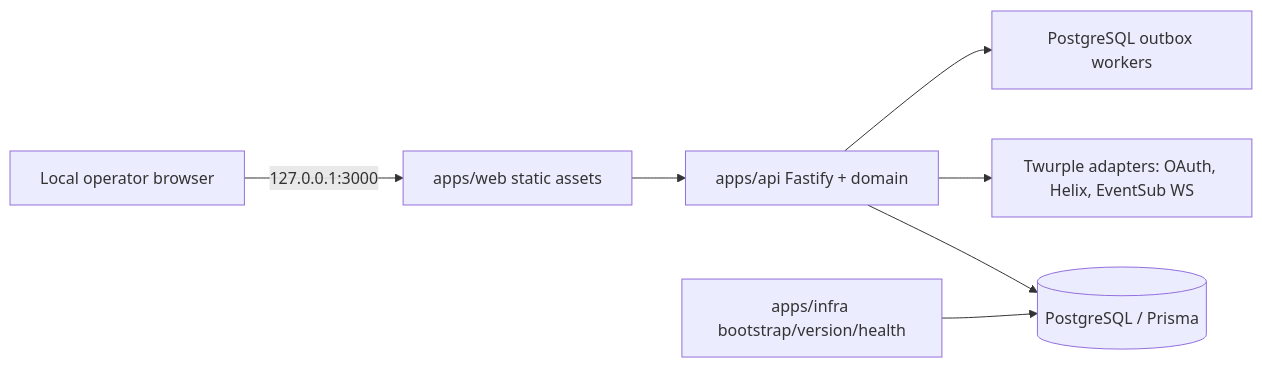
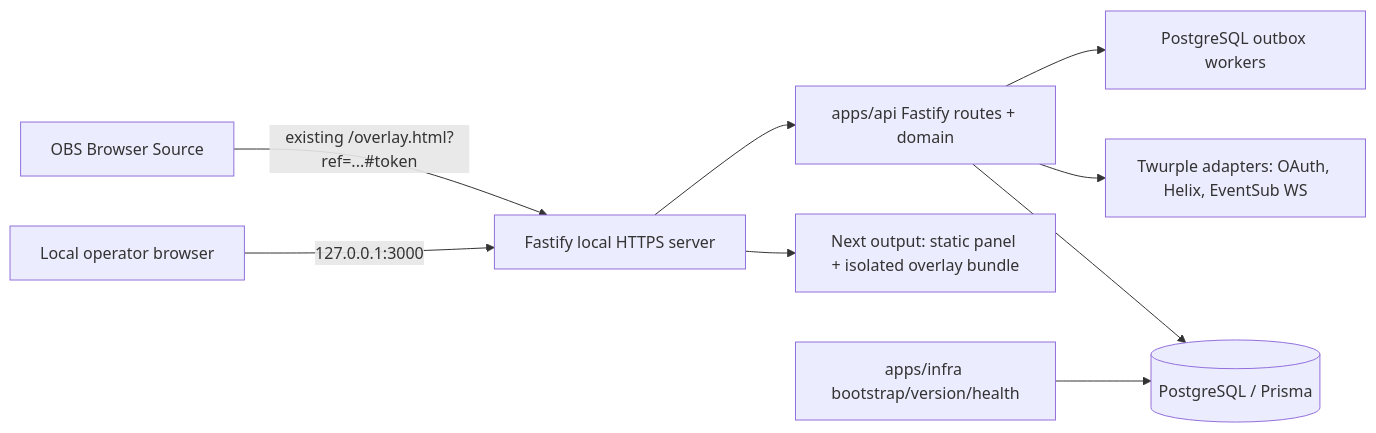
One commit to gustavo8000br/subarushogun_gi_twich_bot changed the diagram in docs/fullstack-architecture/runtime-topology.md. Above: the diagram before and after it, drawn with Mermaid. The commit also changed other lines of this file and 142 other files, not shown here.

Commit message:
chore(ops-15): checkpoint Next panel WIP

````diff
--- a/docs/fullstack-architecture/runtime-topology.md
+++ b/docs/fullstack-architecture/runtime-topology.md
@@ -5,9 +5,11 @@
 ```mermaid
 flowchart LR
-  Browser[Local operator browser] -->|127.0.0.1:3000| Web[apps/web static assets]
-  Web --> API[apps/api Fastify + domain]
+  Browser[Local operator browser] -->|127.0.0.1:3000| Fastify[Fastify local HTTPS server]
+  OBS[OBS Browser Source] -->|existing /overlay.html?ref=...#token| Fastify
+  Fastify --> Web[Next output: static panel + isolated overlay bundle]
+  Fastify --> API[apps/api Fastify routes + domain]
   API --> DB[(PostgreSQL / Prisma)]
   API --> Twitch[Twurple adapters: OAuth, Helix, EventSub WS]
   API --> Outbox[PostgreSQL outbox workers]
   Infra[apps/infra bootstrap/version/health] --> DB
 ```
````
